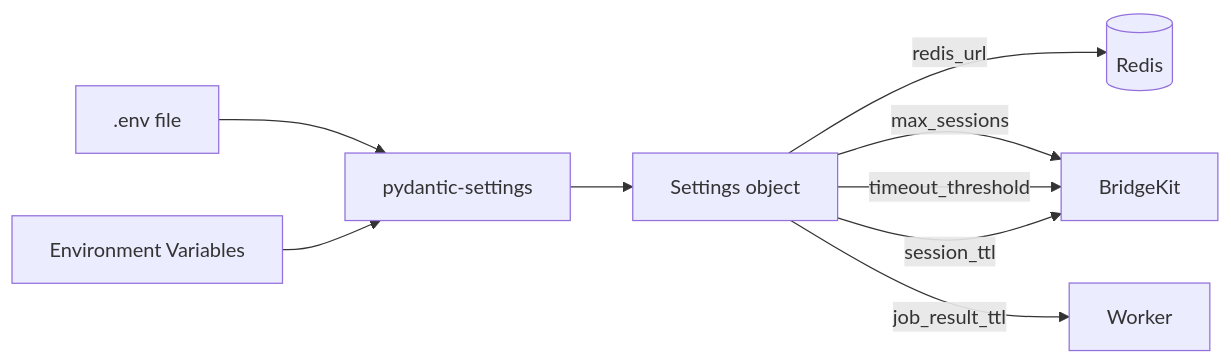
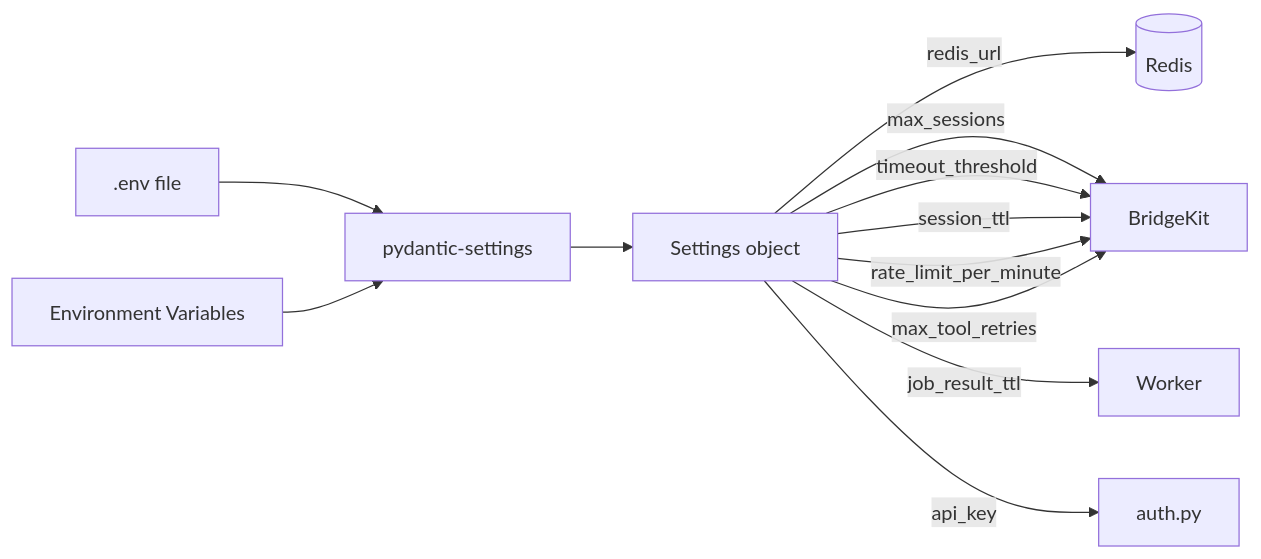
The sixth of 8 diagrams in ARCHITECTURE.md (mkbhardwas12/mcp-bridgekit), drawn with Mermaid before and after one commit. The commit also changed other lines of this file and 9 other files, not shown here.

````diff
--- a/ARCHITECTURE.md
+++ b/ARCHITECTURE.md
@@ -203,11 +271,14 @@
 ```mermaid
 graph LR
     ENV[.env file] --> PS[pydantic-settings]
     ENVVAR[Environment Variables] --> PS
     PS --> S[Settings object]
     S --> |redis_url| REDIS[(Redis)]
     S --> |max_sessions| CORE[BridgeKit]
     S --> |timeout_threshold| CORE
     S --> |session_ttl| CORE
     S --> |job_result_ttl| WORKER[Worker]
+    S --> |api_key| AUTH[auth.py]
+    S --> |rate_limit_per_minute| CORE
+    S --> |max_tool_retries| CORE
 ```
````
